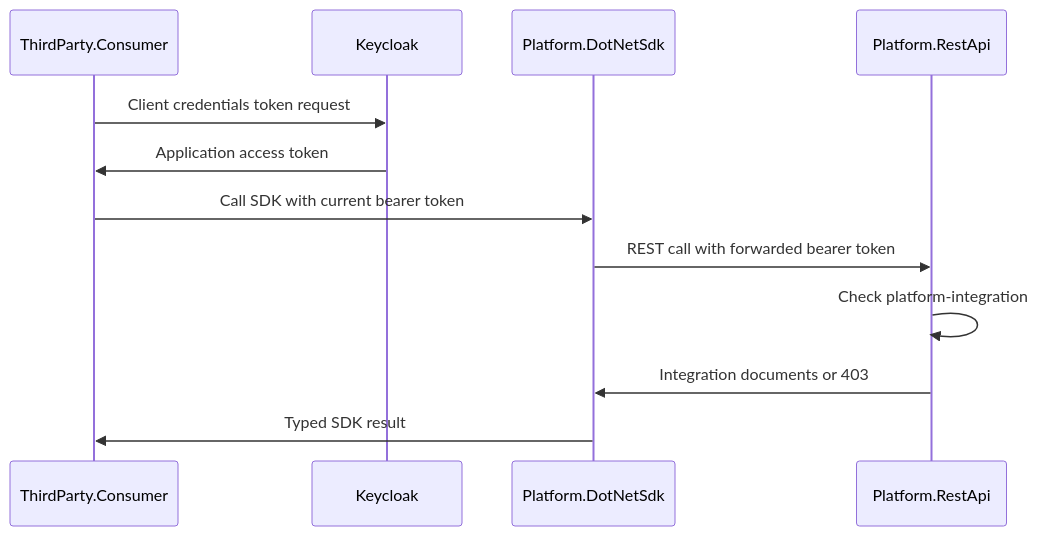
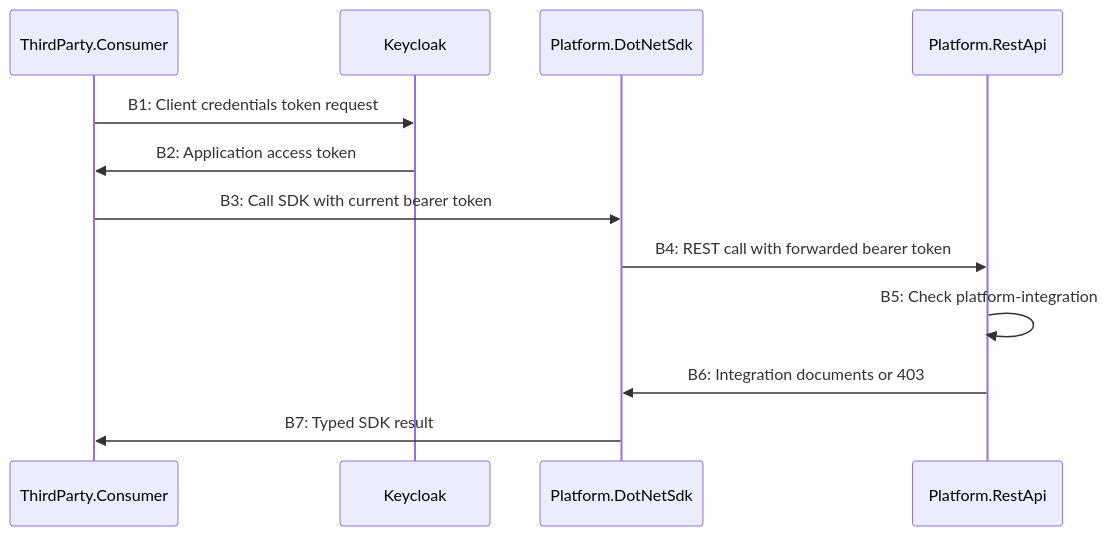
One commit to haoyucheng369-gif/DocuwareArchitect changed the third of 3 diagrams in README.md. Above: the diagram before and after it, drawn with Mermaid. The commit also changed other lines of this file, not shown here.

Commit message:
Clarify README architecture flow labels

````diff
--- a/README.md
+++ b/README.md
@@ -77,15 +90,15 @@
 ```mermaid
 sequenceDiagram
     participant T as ThirdParty.Consumer
     participant I as Keycloak
     participant S as Platform.DotNetSdk
     participant R as Platform.RestApi
 
-    T->>I: Client credentials token request
-    I->>T: Application access token
-    T->>S: Call SDK with current bearer token
-    S->>R: REST call with forwarded bearer token
-    R->>R: Check platform-integration
-    R->>S: Integration documents or 403
-    S->>T: Typed SDK result
+    T->>I: B1: Client credentials token request
+    I->>T: B2: Application access token
+    T->>S: B3: Call SDK with current bearer token
+    S->>R: B4: REST call with forwarded bearer token
+    R->>R: B5: Check platform-integration
+    R->>S: B6: Integration documents or 403
+    S->>T: B7: Typed SDK result
 ```
````
